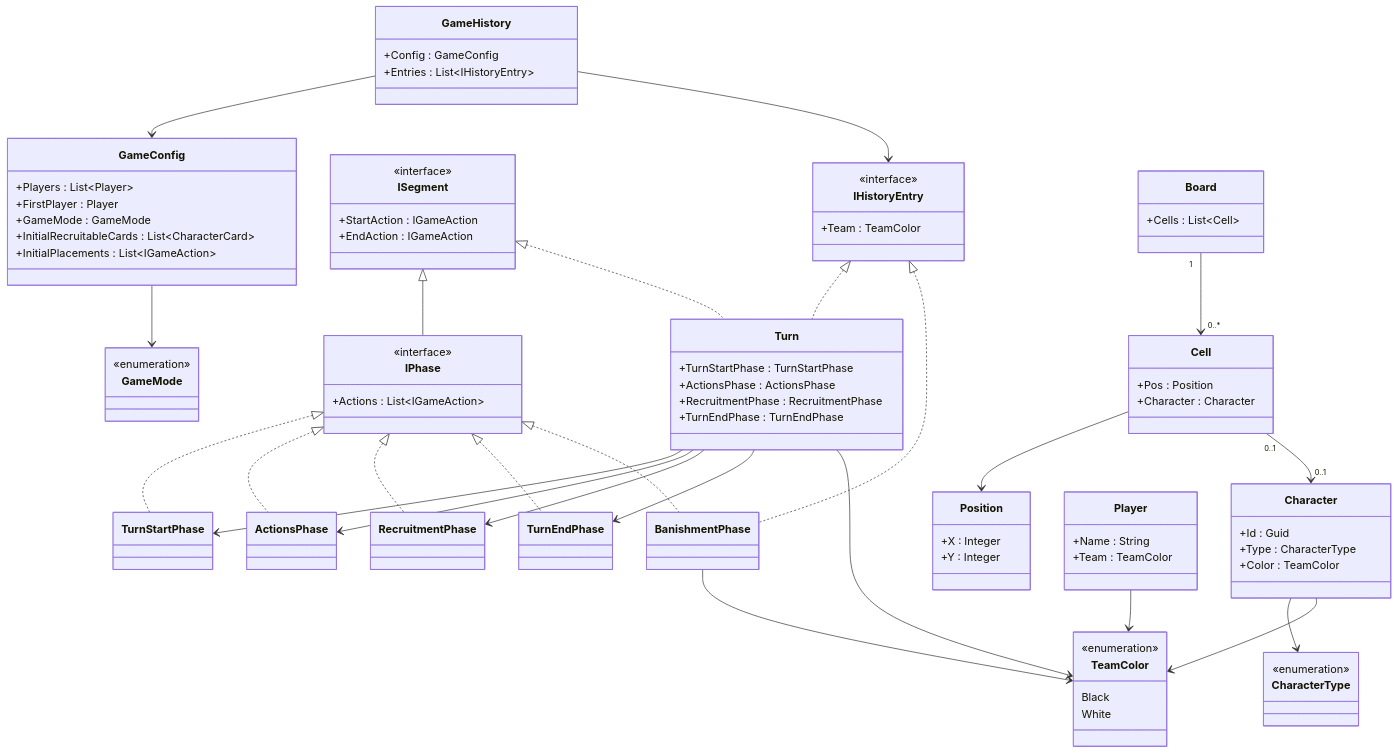
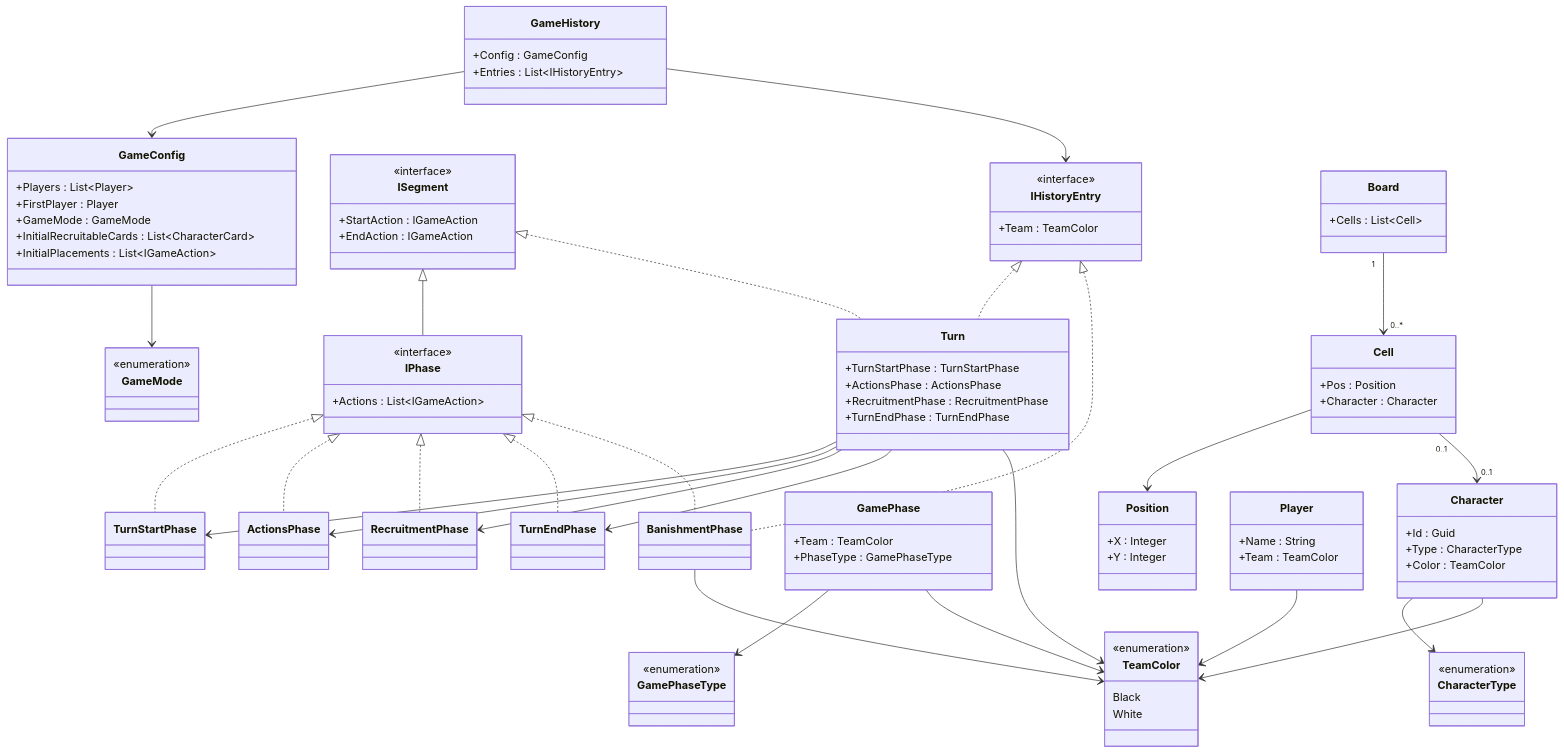
The diagram in docs/GameLogic/uml_entities_gamelogic.mmd (PaulRosselle/leaders_board_game), drawn with Mermaid before and after one commit. The commit also changed 1 other file, not shown here.

```diff
--- a/docs/GameLogic/uml_entities_gamelogic.mmd
+++ b/docs/GameLogic/uml_entities_gamelogic.mmd
@@ -1,119 +1,130 @@
 classDiagram
     direction TB
 
     %% Enums
     class TeamColor {
         <<enumeration>>
         Black
         White
     }
 
     class CharacterType {
         <<enumeration>>
     }
 
     class GameMode {
+        <<enumeration>>
+    }
+
+    class GamePhaseType {
         <<enumeration>>
     }
 
     %% Interfaces
     class IHistoryEntry {
         <<interface>>
         +Team : TeamColor
     }
 
     class ISegment {
         <<interface>>
         +StartAction : IGameAction
         +EndAction : IGameAction
     }
 
     class IPhase {
         <<interface>>
         +Actions : List~IGameAction~
     }
 
     %% Phases
     class TurnStartPhase
     class ActionsPhase
     class RecruitmentPhase
     class TurnEndPhase
     class BanishmentPhase
 
     %% Turn
     class Turn {
         +TurnStartPhase : TurnStartPhase
         +ActionsPhase : ActionsPhase
         +RecruitmentPhase : RecruitmentPhase
         +TurnEndPhase : TurnEndPhase
     }
 
     %% History
     class GameConfig {
         +Players : List~Player~
         +FirstPlayer : Player
         +GameMode : GameMode
         +InitialRecruitableCards : List~CharacterCard~
         +InitialPlacements : List~IGameAction~
     }
 
     class GameHistory {
         +Config : GameConfig
         +Entries : List~IHistoryEntry~
+    }
+
+    class GamePhase {
+        +Team : TeamColor
+        +PhaseType : GamePhaseType
     }
 
     %% Entités
     class Position {
         +X : Integer
         +Y : Integer
     }
 
     class Character {
         +Id : Guid
         +Type : CharacterType
         +Color : TeamColor
     }
 
     class Cell {
         +Pos : Position
         +Character : Character
     }
 
     class Board {
         +Cells : List~Cell~
     }
 
     class Player {
         +Name : String
         +Team : TeamColor
     }
 
     %% Héritage interfaces
     ISegment <|-- IPhase
     IPhase <|.. TurnStartPhase
     IPhase <|.. ActionsPhase
     IPhase <|.. RecruitmentPhase
     IPhase <|.. TurnEndPhase
     IPhase <|.. BanishmentPhase
     ISegment <|.. Turn
     IHistoryEntry <|.. Turn
     IHistoryEntry <|.. BanishmentPhase
 
     %% Relations structurelles
     GameHistory --> GameConfig
     GameHistory --> IHistoryEntry
     Turn --> TurnStartPhase
     Turn --> ActionsPhase
     Turn --> RecruitmentPhase
     Turn --> TurnEndPhase
     Turn --> TeamColor
     BanishmentPhase --> TeamColor
     Board "1" --> "0..*" Cell
     Cell --> Position
     Cell "0..1" --> "0..1" Character
 
     %% Relations vers enums
     Character --> CharacterType
     Character --> TeamColor
+    GamePhase --> GamePhaseType
+    GamePhase --> TeamColor
     Player --> TeamColor
     GameConfig --> GameMode
```
